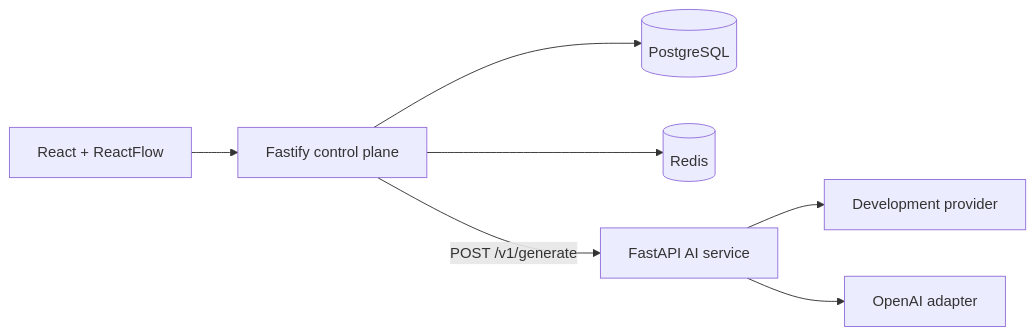
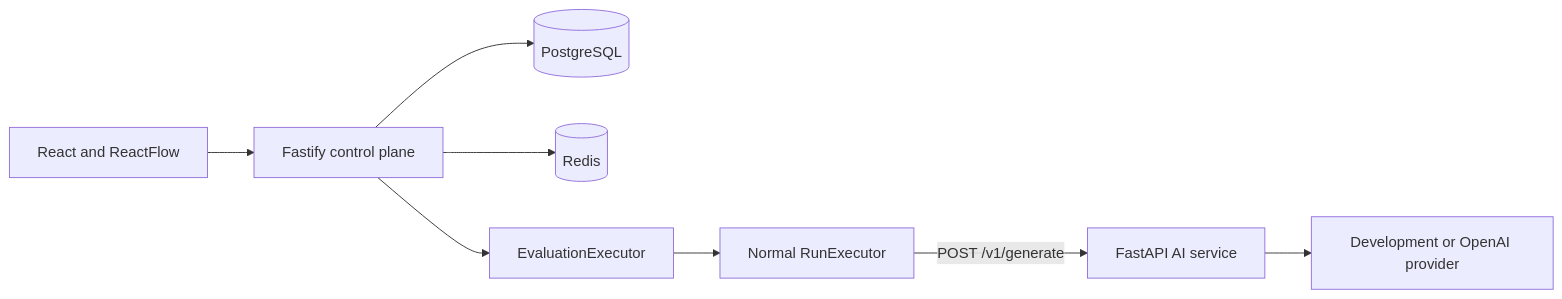
The diagram in README.md (hafiz475/agentops-ai-workflow-platform), drawn with Mermaid before and after one commit. The commit also changed other lines of this file and 31 other files, not shown here.

````diff
--- a/README.md
+++ b/README.md
@@ -38,9 +24,10 @@
 ```mermaid
 flowchart LR
-  Browser[React + ReactFlow] --> API[Fastify control plane]
+  Browser[React and ReactFlow] --> API[Fastify control plane]
   API --> DB[(PostgreSQL)]
   API --> Redis[(Redis)]
-  API -->|POST /v1/generate| AI[FastAPI AI service]
-  AI --> Dev[Development provider]
-  AI --> OpenAI[OpenAI adapter]
+  API --> Eval[EvaluationExecutor]
+  Eval --> Run[Normal RunExecutor]
+  Run -->|POST /v1/generate| AI[FastAPI AI service]
+  AI --> Provider[Development or OpenAI provider]
 ```
````
